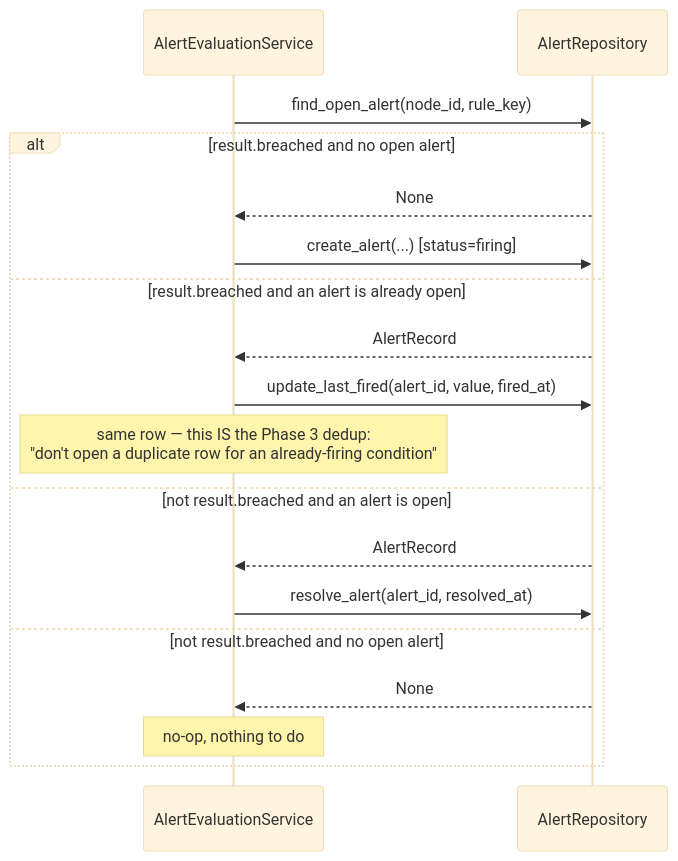
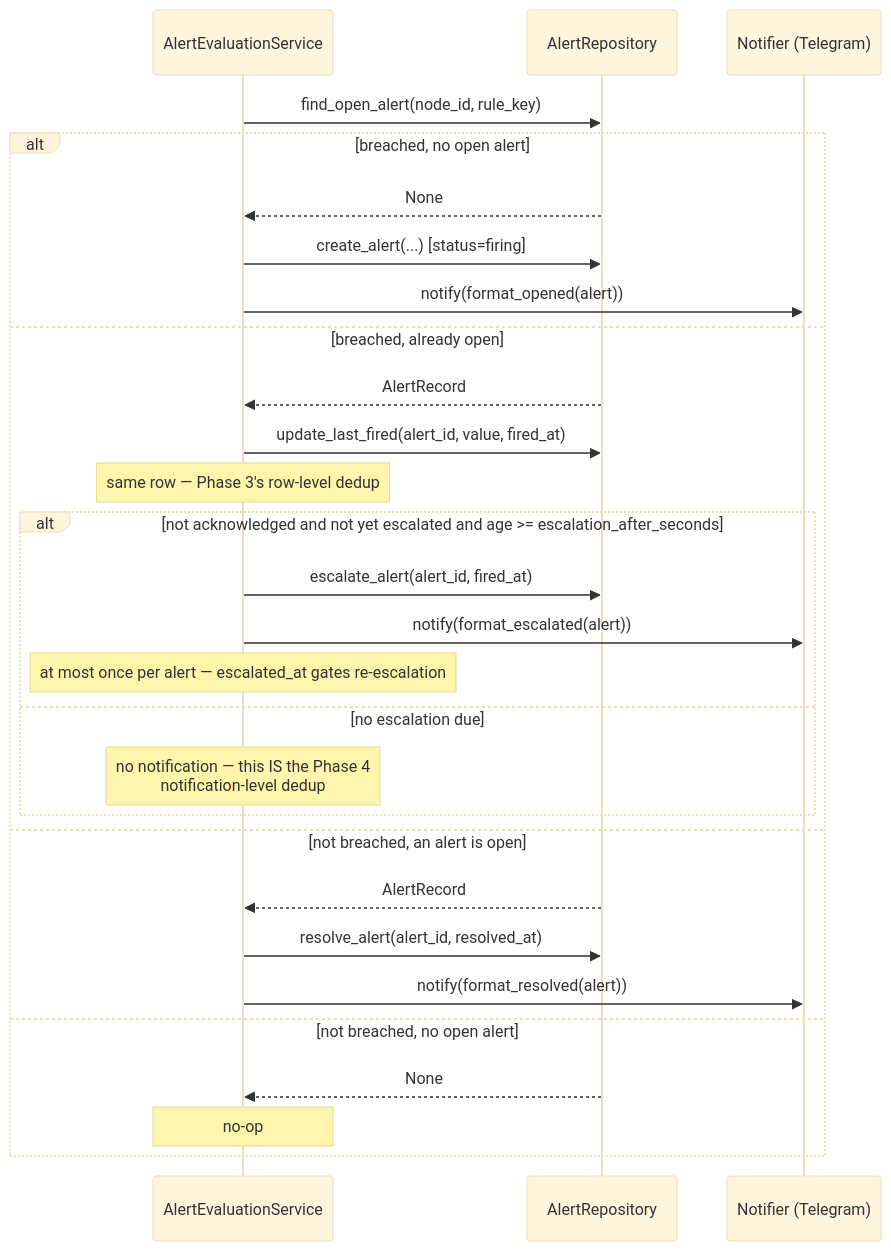
One commit to jayasati/ClusterPulse changed the third of 4 diagrams in collector/architecture.md. Above: the diagram before and after it, drawn with Mermaid (base theme). The commit also changed other lines of this file and 33 other files, not shown here.

First line of the commit message:
feat: implement alert acknowledgement and escalation features

````diff
--- a/collector/architecture.md
+++ b/collector/architecture.md
@@ -159,21 +184,31 @@
 ```mermaid
 sequenceDiagram
     participant AlertSvc as AlertEvaluationService
     participant AlertRepo as AlertRepository
+    participant Notif as Notifier (Telegram)
 
     AlertSvc->>AlertRepo: find_open_alert(node_id, rule_key)
-    alt result.breached and no open alert
+    alt breached, no open alert
         AlertRepo-->>AlertSvc: None
         AlertSvc->>AlertRepo: create_alert(...) [status=firing]
-    else result.breached and an alert is already open
+        AlertSvc->>Notif: notify(format_opened(alert))
+    else breached, already open
         AlertRepo-->>AlertSvc: AlertRecord
         AlertSvc->>AlertRepo: update_last_fired(alert_id, value, fired_at)
-        Note over AlertSvc: same row — this IS the Phase 3 dedup:<br/>"don't open a duplicate row for an already-firing condition"
-    else not result.breached and an alert is open
+        Note over AlertSvc: same row — Phase 3's row-level dedup
+        alt not acknowledged and not yet escalated and age >= escalation_after_seconds
+            AlertSvc->>AlertRepo: escalate_alert(alert_id, fired_at)
+            AlertSvc->>Notif: notify(format_escalated(alert))
+            Note over AlertSvc: at most once per alert — escalated_at gates re-escalation
+        else no escalation due
+            Note over AlertSvc: no notification — this IS the Phase 4<br/>notification-level dedup
+        end
+    else not breached, an alert is open
         AlertRepo-->>AlertSvc: AlertRecord
         AlertSvc->>AlertRepo: resolve_alert(alert_id, resolved_at)
-    else not result.breached and no open alert
+        AlertSvc->>Notif: notify(format_resolved(alert))
+    else not breached, no open alert
         AlertRepo-->>AlertSvc: None
-        Note over AlertSvc: no-op, nothing to do
+        Note over AlertSvc: no-op
     end
 ```
````
